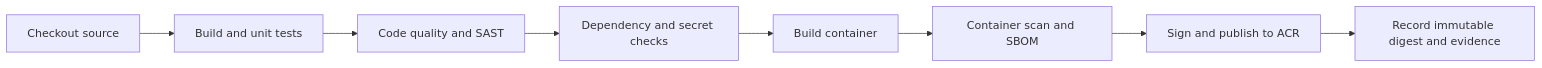
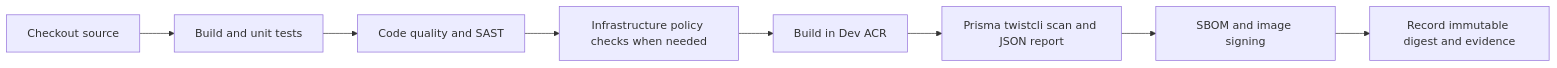
The second of 5 diagrams in Azure_DevSecOps_Platform_Assessment.md (Nisharunnisa-Shaik/azure-enterprise-devops-platform), drawn with Mermaid before and after one commit. The commit also changed other lines of this file and 6 other files, not shown here.

Commit message:
added prisma scan action, aks deploy action , updated md files to read new actions

````diff
--- a/Azure_DevSecOps_Platform_Assessment.md
+++ b/Azure_DevSecOps_Platform_Assessment.md
@@ -130,10 +142,10 @@
 ```mermaid
 flowchart LR
     A[Checkout source] --> B[Build and unit tests]
     B --> C[Code quality and SAST]
-    C --> D[Dependency and secret checks]
-    D --> E[Build container]
-    E --> F[Container scan and SBOM]
-    F --> G[Sign and publish to ACR]
+    C --> D[Infrastructure policy checks when needed]
+    D --> E[Build in Dev ACR]
+    E --> F[Prisma twistcli scan and JSON report]
+    F --> G[SBOM and image signing]
     G --> H[Record immutable digest and evidence]
 ```
````
